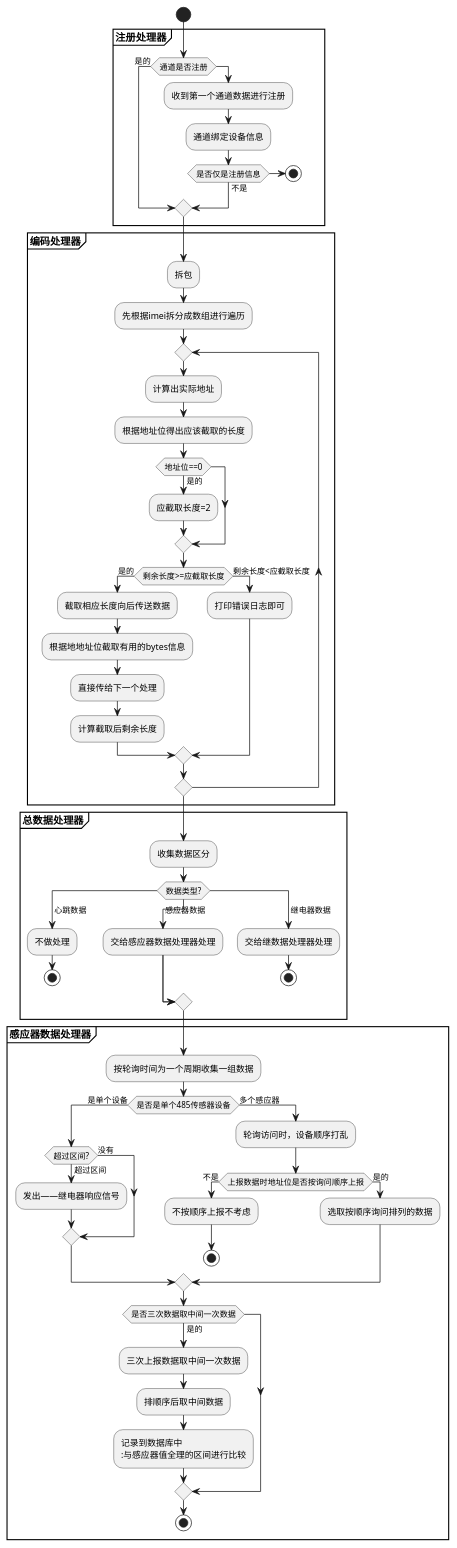
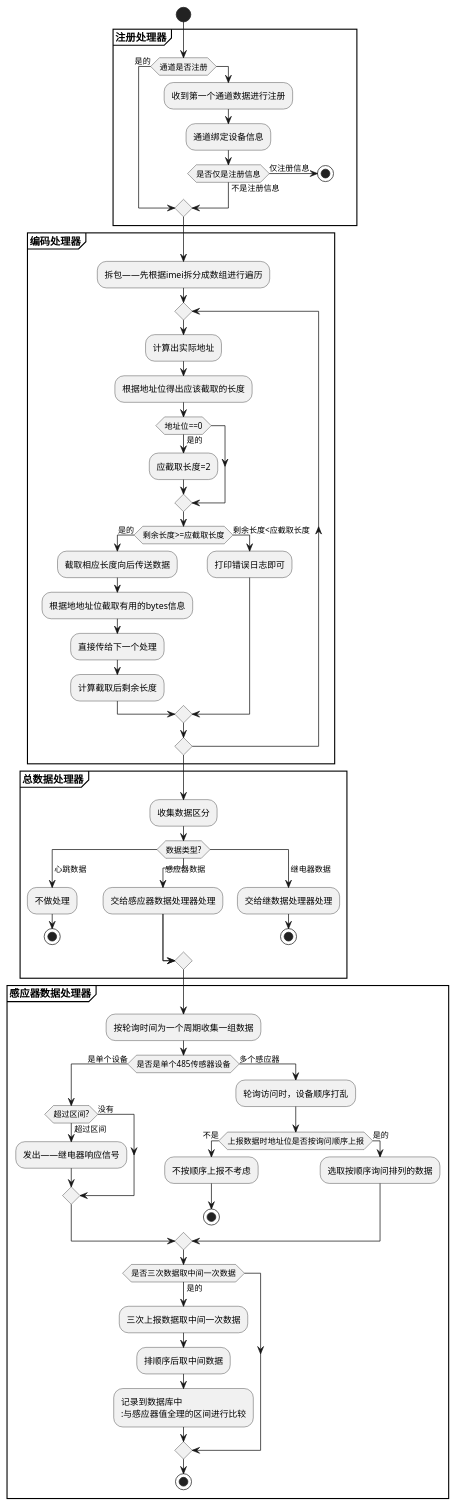
Before and after one commit to wskvfhprrk/springboot-netty: the diagram in dtu/doc/保证dtu设备数据上报准备性方案.puml, drawn with PlantUML. The commit also changed 1 other file, not shown here.

```diff
--- a/dtu/doc/保证dtu设备数据上报准备性方案.puml
+++ b/dtu/doc/保证dtu设备数据上报准备性方案.puml
@@ -1,75 +1,74 @@
 @startuml
 'https://plantuml.com/activity-diagram-beta
 
 start
 partition "**注册处理器**" {
     if(通道是否注册)then(是的)
     label next
     else
     :收到第一个通道数据进行注册;
     :通道绑定设备信息;
-        if(是否仅是注册信息)then(不是)
+        if(是否仅是注册信息)then(不是注册信息)
         label next
-        else
+        else(仅注册信息)
         stop
         endif
     endif
 }
 partition "**编码处理器**" {
-        :拆包;
-        :先根据imei拆分成数组进行遍历;
+        :拆包——先根据imei拆分成数组进行遍历;
     repeat
         :计算出实际地址;
         :根据地址位得出应该截取的长度;
     if(地址位==0)then(是的)
         :应截取长度=2;
     endif
     if (剩余长度>=应截取长度)then(是的)
         :截取相应长度向后传送数据;
         :根据地地址位截取有用的bytes信息;
         :直接传给下一个处理;
         :计算截取后剩余长度;
     else(剩余长度<应截取长度)
         :打印错误日志即可;
     endif
     repeat while
 }
 partition "**总数据处理器**" {
     :收集数据区分;
     switch (数据类型?)
     case ( 心跳数据 )
       :不做处理;
       stop
     case ( 感应器数据 )
     :交给感应器数据处理器处理;
     case ( 继电器数据 )
       :交给继数据处理器处理;
       stop
     endswitch
 }
 partition "**感应器数据处理器**" {
     :按轮询时间为一个周期收集一组数据;
     if (是否是单个485传感器设备) then (是单个设备)
         label lab
         if(超过区间?)then(没有)
         else(超过区间)
             :发出——继电器响应信号;
         endif
     else(多个感应器)
           :轮询访问时，设备顺序打乱;
         if(上报数据时地址位是否按询问顺序上报) then (不是)
               :不按顺序上报不考虑;
               stop
         else(是的)
               :选取按顺序询问排列的数据;
         endif
     endif
     if(是否三次数据取中间一次数据)then(是的)
         label lab
         :三次上报数据取中间一次数据;
         :排顺序后取中间数据;
         :记录到数据库中
         :与感应器值全理的区间进行比较;
     endif
 stop
 @enduml
```
